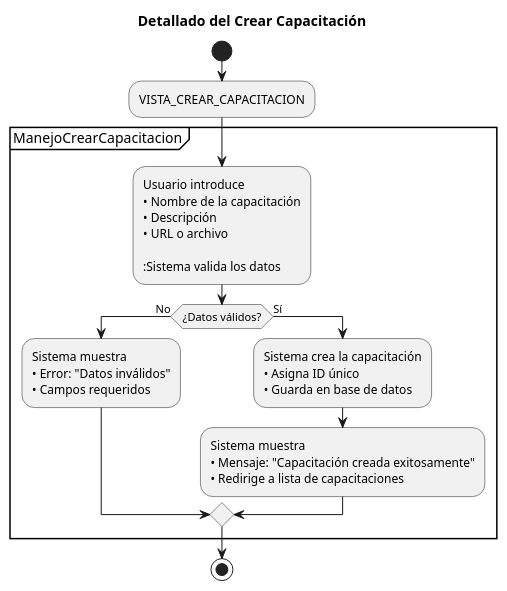
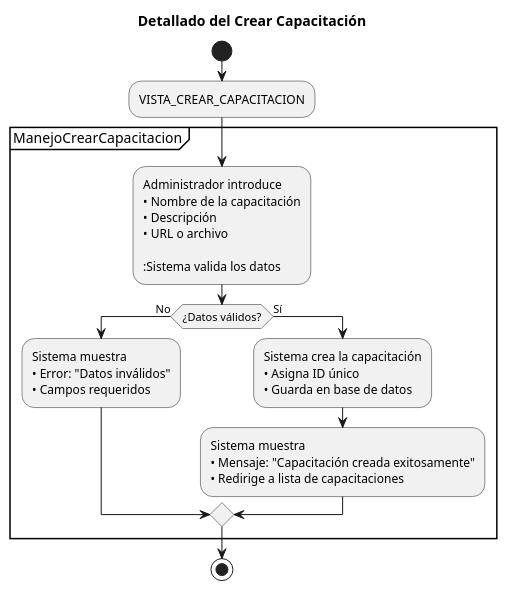
The diagram in casos_de_uso/diagramas_casos_de_uso_detallados/crear_capacitacion.puml (Dievex/24-25-IdSw1-SDR), drawn with PlantUML before and after one commit.

Commit message:
docs(use-case): update actor from 'Usuario' to 'Administrador' in diagram

```diff
--- a/casos_de_uso/diagramas_casos_de_uso_detallados/crear_capacitacion.puml
+++ b/casos_de_uso/diagramas_casos_de_uso_detallados/crear_capacitacion.puml
@@ -1,36 +1,36 @@
 @startuml
 title Detallado del Crear Capacitación
 
 start
 
 :VISTA_CREAR_CAPACITACION;
 
 partition ManejoCrearCapacitacion {
   
-  :Usuario introduce
+  :Administrador introduce
   • Nombre de la capacitación
   • Descripción
   • URL o archivo
   
   :Sistema valida los datos;
   
   if (¿Datos válidos?) then (No)
     :Sistema muestra
     • Error: "Datos inválidos"
     • Campos requeridos;
     
   else (Sí)
     :Sistema crea la capacitación
     • Asigna ID único
     • Guarda en base de datos;
     
     :Sistema muestra
     • Mensaje: "Capacitación creada exitosamente"
     • Redirige a lista de capacitaciones;
     
   endif
   
 }
 
 stop
 @enduml
```
